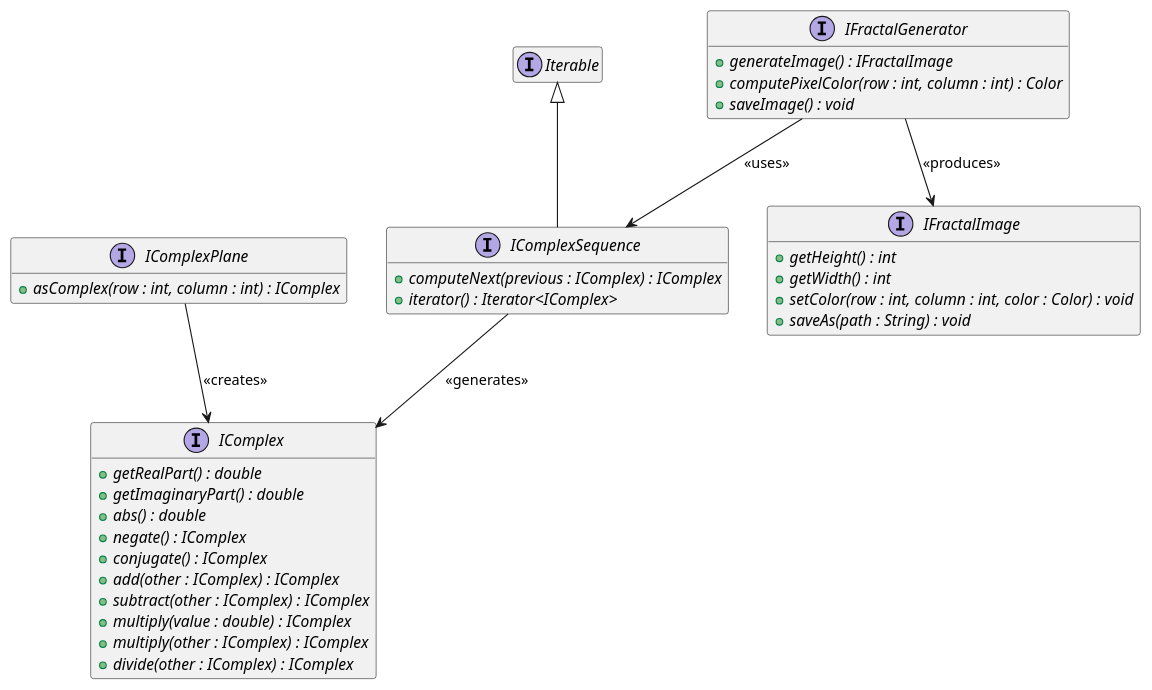
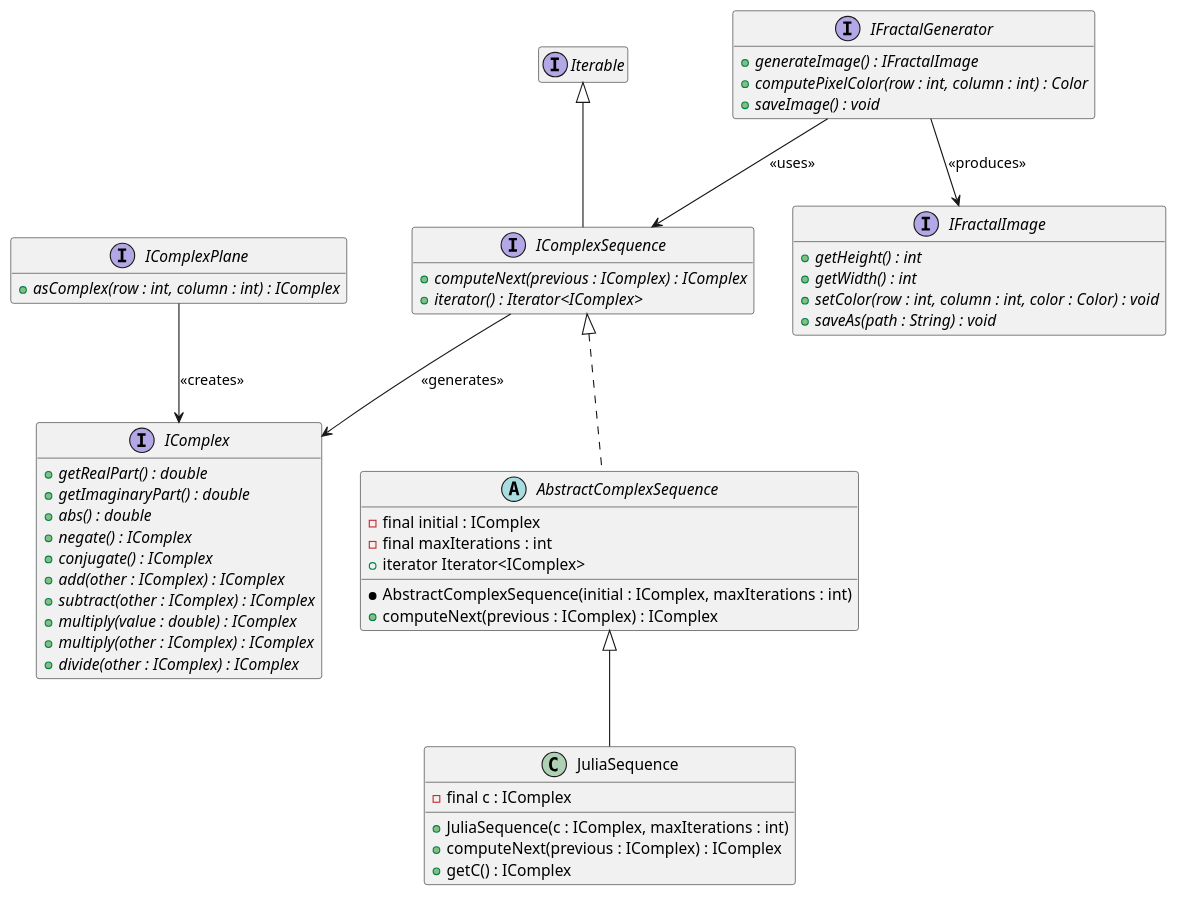
Before and after one commit to ThibautVermersch/Fractalens: the diagram in README.md, drawn with PlantUML. The commit also changed 2 other files, not shown here.

Commit message:
Implémentation de l’interface IComplexSequence pour la suite de Julia #3

````diff
--- a/README.md
+++ b/README.md
@@ -13,61 +13,78 @@
 ```plantuml
 hide empty members
 
 ' --------------- '
 ' Complex Numbers '
 ' --------------- '
 
 interface IComplex {
     + {abstract} getRealPart() : double
     + {abstract} getImaginaryPart() : double
     + {abstract} abs() : double
     + {abstract} negate() : IComplex
     + {abstract} conjugate() : IComplex
     + {abstract} add(other : IComplex) : IComplex
     + {abstract} subtract(other : IComplex) : IComplex
     + {abstract} multiply(value : double) : IComplex
     + {abstract} multiply(other : IComplex) : IComplex
     + {abstract} divide(other : IComplex) : IComplex
 }
 
 interface IComplexPlane {
     + {abstract} asComplex(row : int, column : int) : IComplex
 }
 
 IComplexPlane --> IComplex : << creates >>
 
 ' ----------------- '
 ' Complex Sequences '
 ' ----------------- '
 
 interface IComplexSequence extends Iterable<IComplex> {
     + {abstract} computeNext(previous : IComplex) : IComplex
     + {abstract} iterator() : Iterator<IComplex>
 }
 
 IComplexSequence --> IComplex : << generates >>
 
 ' -------------- '
 ' Image Handling '
 ' -------------- '
 
 interface IFractalImage {
     + {abstract} getHeight() : int
     + {abstract} getWidth() : int
     + {abstract} setColor(row : int, column : int, color : Color) : void
     + {abstract} saveAs(path : String) : void
 }
 
 ' ------------------ '
 ' Fractal Generation '
 ' ------------------ '
 
 interface IFractalGenerator {
     + {abstract} generateImage() : IFractalImage
     + {abstract} computePixelColor(row : int, column : int) : Color
     + {abstract} saveImage() : void
 }
 
+abstract class AbstractComplexSequence implements IComplexSequence {
+    - final initial : IComplex
+    - final maxIterations : int
+    * AbstractComplexSequence(initial : IComplex, maxIterations : int)
+    + iterator Iterator<IComplex>
+    + computeNext(previous : IComplex) : IComplex
+}
+
+Class JuliaSequence extends AbstractComplexSequence{
+    - final c : IComplex
+    + JuliaSequence(c : IComplex, maxIterations : int)
+    + computeNext(previous : IComplex) : IComplex
+    + getC() : IComplex
+}
+
+
+
 IFractalGenerator --> IFractalImage : << produces >>
 IFractalGenerator --> IComplexSequence : << uses >>
 ```
````
